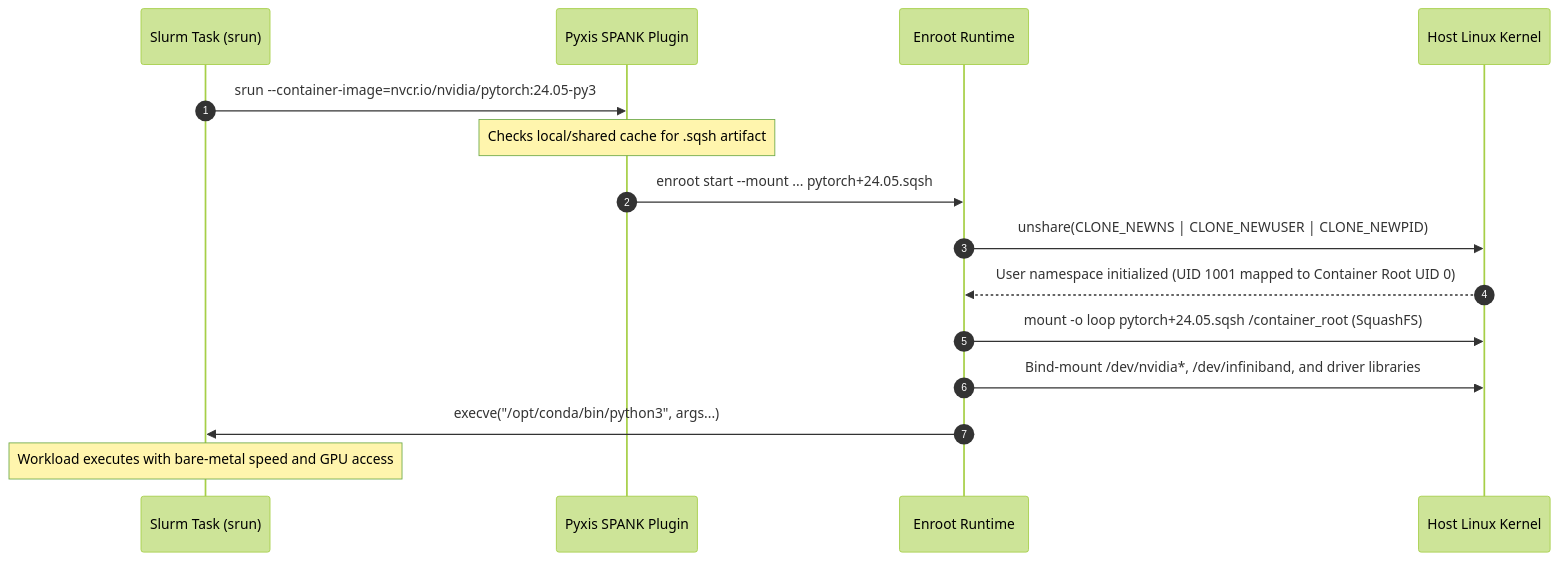
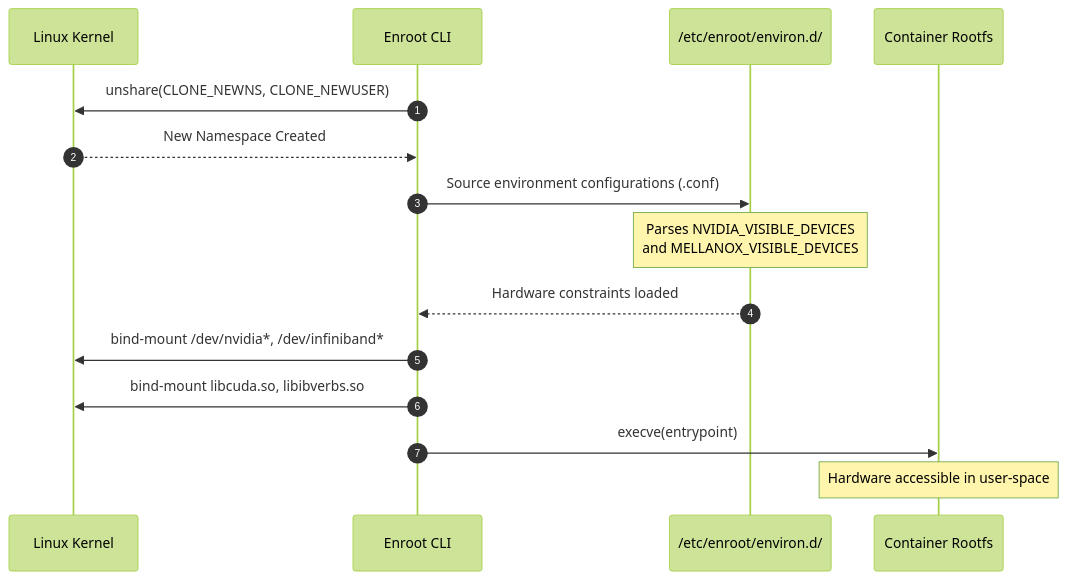
Before and after one commit to jithinpnjm/nvidia-devops: the second of 4 diagrams in docs/volume-10/08-enroot-and-pyxis-containers-for-hpc.md, drawn with Mermaid (forest theme). The commit also changed other lines of this file and 11 other files, not shown here.

````diff
--- a/docs/volume-10/08-enroot-and-pyxis-containers-for-hpc.md
+++ b/docs/volume-10/08-enroot-and-pyxis-containers-for-hpc.md
@@ -61,18 +180,18 @@
 ```mermaid
 sequenceDiagram
     autonumber
-    participant User as Slurm Task (srun)
-    participant Pyxis as Pyxis SPANK Plugin
-    participant Enroot as Enroot Runtime
-    participant Host as Host Linux Kernel
-
-    User->>Pyxis: srun --container-image=nvcr.io/nvidia/pytorch:24.05-py3
-    Note over Pyxis: Checks local/shared cache for .sqsh artifact
-    Pyxis->>Enroot: enroot start --mount ... pytorch+24.05.sqsh
-    Enroot->>Host: unshare(CLONE_NEWNS | CLONE_NEWUSER | CLONE_NEWPID)
-    Host-->>Enroot: User namespace initialized (UID 1001 mapped to Container Root UID 0)
-    Enroot->>Host: mount -o loop pytorch+24.05.sqsh /container_root (SquashFS)
-    Enroot->>Host: Bind-mount /dev/nvidia*, /dev/infiniband, and driver libraries
-    Enroot->>User: execve("/opt/conda/bin/python3", args...)
-    Note over User: Workload executes with bare-metal speed and GPU access
+    participant Kernel as Linux Kernel
+    participant Enroot as Enroot CLI
+    participant Hooks as /etc/enroot/environ.d/
+    participant Runtime as Container Rootfs
+    
+    Enroot->>Kernel: unshare(CLONE_NEWNS, CLONE_NEWUSER)
+    Kernel-->>Enroot: New Namespace Created
+    Enroot->>Hooks: Source environment configurations (.conf)
+    Note over Hooks: Parses NVIDIA_VISIBLE_DEVICES<br/>and MELLANOX_VISIBLE_DEVICES
+    Hooks-->>Enroot: Hardware constraints loaded
+    Enroot->>Kernel: bind-mount /dev/nvidia*, /dev/infiniband*
+    Enroot->>Kernel: bind-mount libcuda.so, libibverbs.so
+    Enroot->>Runtime: execve(entrypoint)
+    Note over Runtime: Hardware accessible in user-space
 ```
````
